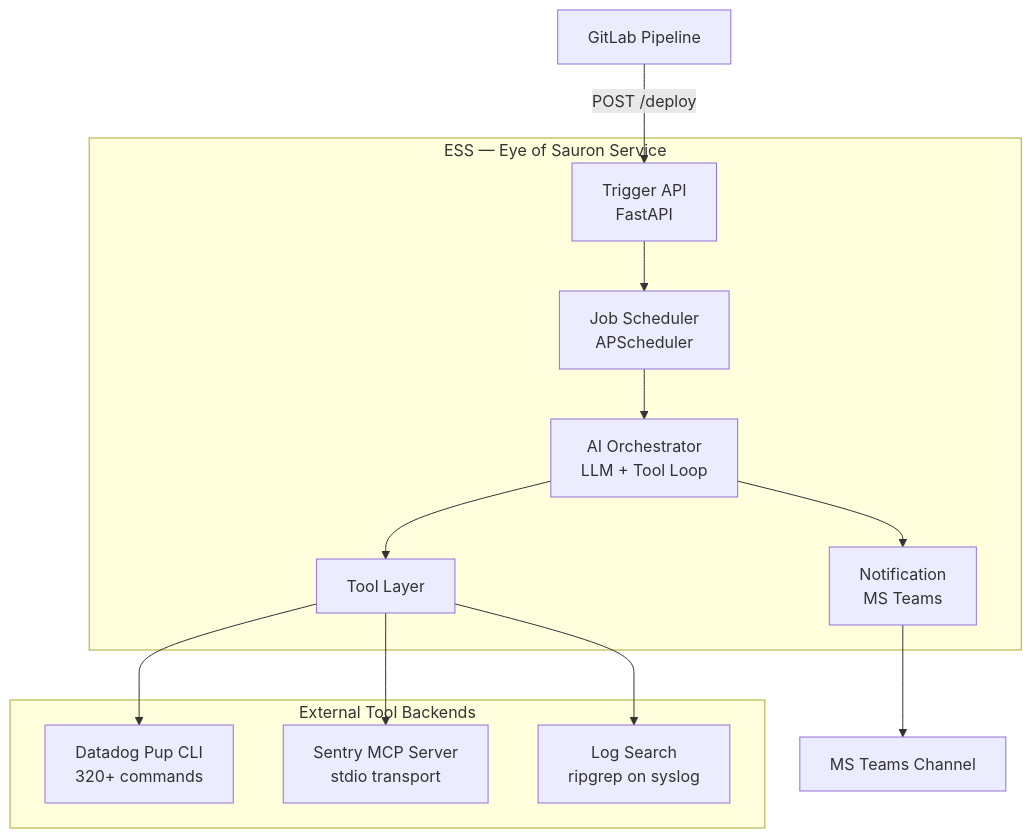
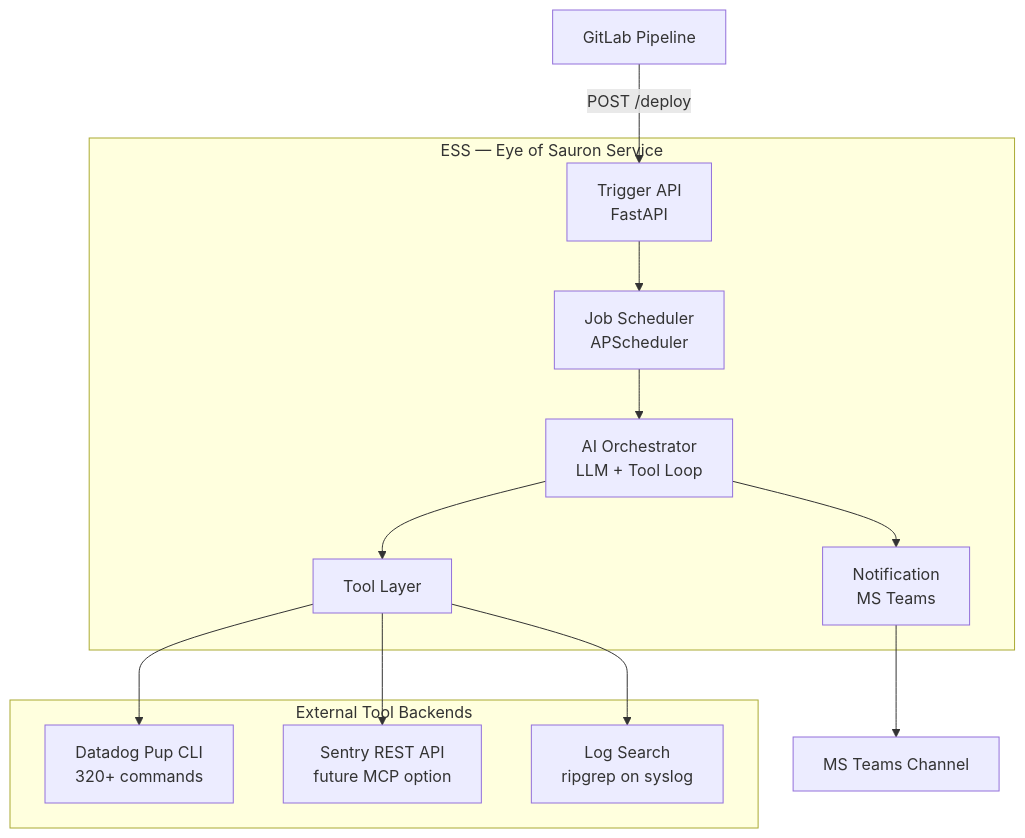
Before and after one commit to elis-salobehaj/ess: the second of 3 diagrams in docs/plans/active/ess-eye-of-sauron-service.md, drawn with Mermaid. The commit also changed other lines of this file and 42 other files, not shown here.

````diff
--- a/docs/plans/active/ess-eye-of-sauron-service.md
+++ b/docs/plans/active/ess-eye-of-sauron-service.md
@@ -136,26 +165,26 @@
 ```mermaid
 graph TB
     subgraph "ESS — Eye of Sauron Service"
         TRIG[Trigger API<br/>FastAPI]
         SCHED[Job Scheduler<br/>APScheduler]
         ORCH[AI Orchestrator<br/>LLM + Tool Loop]
         TOOLS[Tool Layer]
         NOTIFY[Notification<br/>MS Teams]
     end
 
     subgraph "External Tool Backends"
         PUP[Datadog Pup CLI<br/>320+ commands]
-        SMCP[Sentry MCP Server<br/>stdio transport]
+        SENTRY[Sentry REST API<br/>future MCP option]
         LOGAI[Log Search<br/>ripgrep on syslog]
     end
 
     GL[GitLab Pipeline] -->|POST /deploy| TRIG
     TRIG --> SCHED
     SCHED --> ORCH
     ORCH --> TOOLS
     TOOLS --> PUP
-    TOOLS --> SMCP
+    TOOLS --> SENTRY
     TOOLS --> LOGAI
     ORCH --> NOTIFY
     NOTIFY --> TEAMS[MS Teams Channel]
 ```
````
